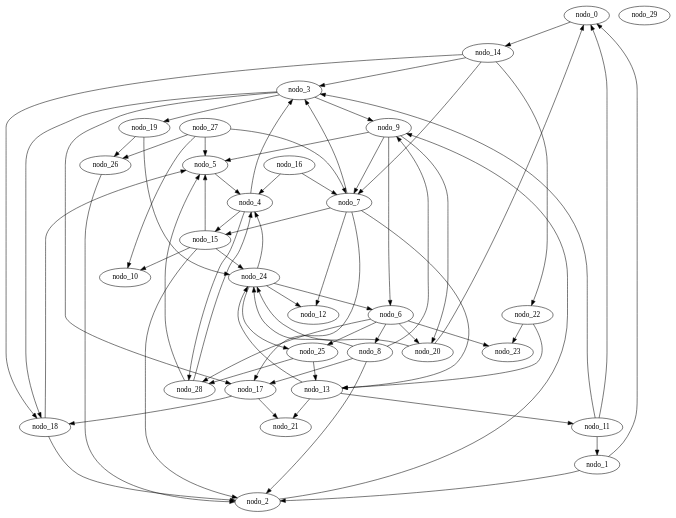
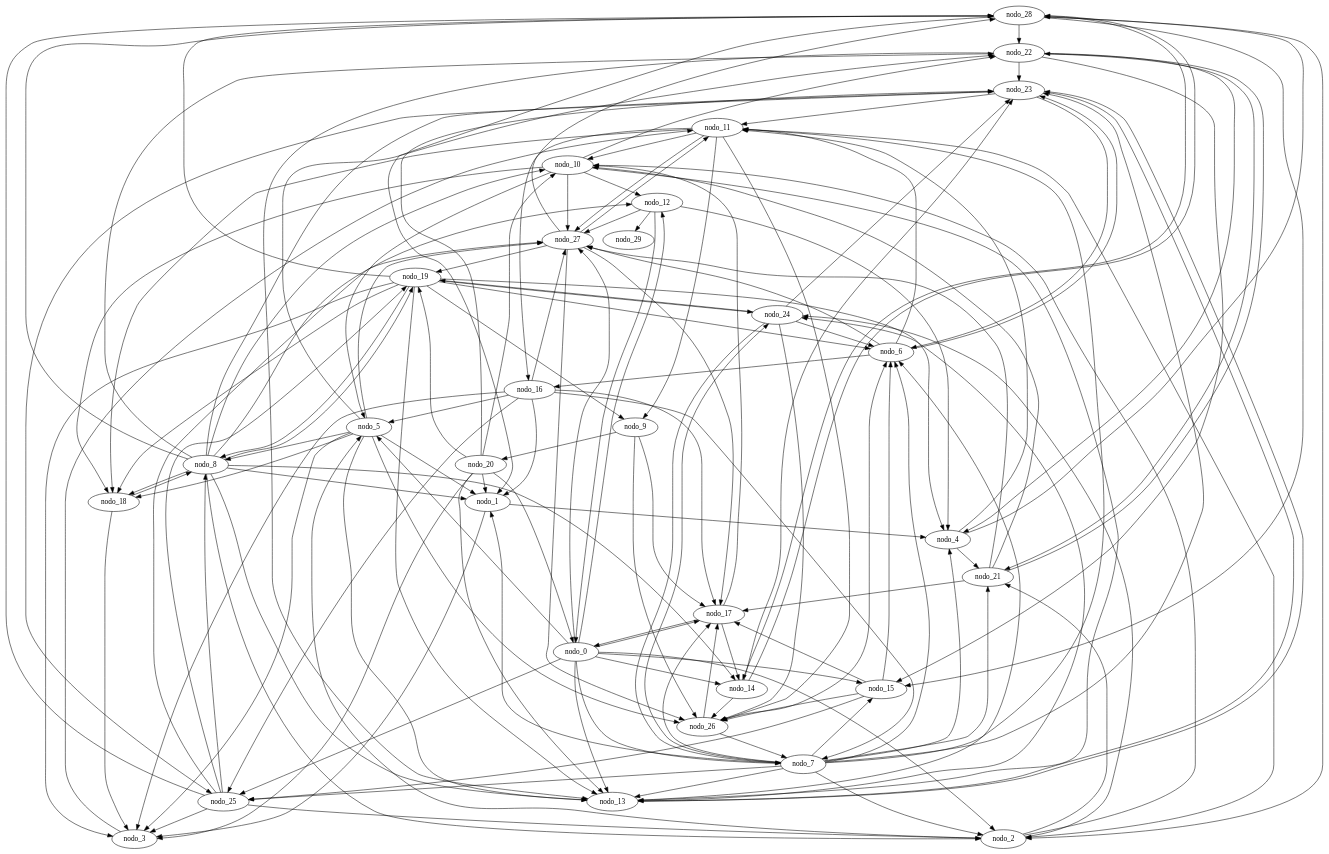
One commit to sinisterra/cic-algoritmos changed the diagram in proyecto01/gen_erdos_ren_30.gv. Above: the diagram before and after it, drawn with Graphviz. The commit also changed 26 other files, not shown here.

```diff
--- a/proyecto01/gen_erdos_ren_30.gv
+++ b/proyecto01/gen_erdos_ren_30.gv
@@ -1,101 +1,152 @@
 digraph gen_erdos_ren_30 {
- nodo_0;
- nodo_1;
- nodo_2;
- nodo_3;
- nodo_4;
- nodo_5;
- nodo_6;
- nodo_7;
- nodo_8;
- nodo_9;
- nodo_10;
- nodo_11;
- nodo_12;
- nodo_13;
- nodo_14;
- nodo_15;
- nodo_16;
- nodo_17;
- nodo_18;
- nodo_19;
- nodo_20;
- nodo_21;
- nodo_22;
- nodo_23;
- nodo_24;
- nodo_25;
- nodo_26;
- nodo_27;
- nodo_28;
- nodo_29;
-  nodo_14 -> nodo_3;
-  nodo_27 -> nodo_10;
+  nodo_28 -> nodo_22;
+  nodo_10 -> nodo_5;
+  nodo_23 -> nodo_11;
+  nodo_11 -> nodo_26;
+  nodo_18 -> nodo_3;
+  nodo_11 -> nodo_27;
+  nodo_17 -> nodo_14;
+  nodo_9 -> nodo_26;
+  nodo_4 -> nodo_11;
+  nodo_17 -> nodo_10;
+  nodo_20 -> nodo_13;
+  nodo_14 -> nodo_23;
+  nodo_20 -> nodo_10;
+  nodo_25 -> nodo_28;
+  nodo_25 -> nodo_27;
+  nodo_20 -> nodo_19;
+  nodo_9 -> nodo_20;
+  nodo_25 -> nodo_3;
+  nodo_25 -> nodo_2;
+  nodo_4 -> nodo_28;
+  nodo_14 -> nodo_28;
+  nodo_7 -> nodo_1;
+  nodo_7 -> nodo_2;
+  nodo_25 -> nodo_8;
+  nodo_14 -> nodo_26;
+  nodo_7 -> nodo_4;
+  nodo_7 -> nodo_6;
+  nodo_7 -> nodo_13;
+  nodo_7 -> nodo_11;
+  nodo_4 -> nodo_21;
+  nodo_7 -> nodo_17;
+  nodo_20 -> nodo_23;
+  nodo_7 -> nodo_15;
+  nodo_18 -> nodo_8;
+  nodo_23 -> nodo_13;
+  nodo_17 -> nodo_0;
+  nodo_22 -> nodo_21;
+  nodo_16 -> nodo_17;
+  nodo_13 -> nodo_6;
+  nodo_7 -> nodo_24;
+  nodo_16 -> nodo_25;
+  nodo_7 -> nodo_25;
+  nodo_16 -> nodo_27;
+  nodo_7 -> nodo_23;
+  nodo_19 -> nodo_18;
+  nodo_2 -> nodo_10;
+  nodo_11 -> nodo_10;
+  nodo_19 -> nodo_13;
+  nodo_22 -> nodo_13;
+  nodo_27 -> nodo_28;
+  nodo_22 -> nodo_15;
+  nodo_7 -> nodo_21;
+  nodo_20 -> nodo_3;
+  nodo_28 -> nodo_15;
+  nodo_28 -> nodo_14;
+  nodo_20 -> nodo_1;
+  nodo_2 -> nodo_5;
+  nodo_5 -> nodo_18;
+  nodo_11 -> nodo_18;
+  nodo_24 -> nodo_7;
+  nodo_28 -> nodo_2;
+  nodo_11 -> nodo_16;
+  nodo_24 -> nodo_6;
+  nodo_28 -> nodo_1;
+  nodo_19 -> nodo_28;
+  nodo_2 -> nodo_21;
+  nodo_19 -> nodo_24;
+  nodo_5 -> nodo_13;
+  nodo_2 -> nodo_24;
+  nodo_22 -> nodo_23;
+  nodo_20 -> nodo_0;
+  nodo_25 -> nodo_19;
+  nodo_16 -> nodo_1;
+  nodo_27 -> nodo_11;
+  nodo_12 -> nodo_4;
+  nodo_0 -> nodo_17;
+  nodo_0 -> nodo_15;
   nodo_0 -> nodo_14;
-  nodo_14 -> nodo_18;
+  nodo_12 -> nodo_0;
+  nodo_0 -> nodo_13;
+  nodo_24 -> nodo_23;
+  nodo_0 -> nodo_12;
+  nodo_10 -> nodo_12;
   nodo_16 -> nodo_7;
-  nodo_18 -> nodo_5;
-  nodo_14 -> nodo_7;
-  nodo_18 -> nodo_2;
-  nodo_16 -> nodo_4;
-  nodo_4 -> nodo_15;
-  nodo_13 -> nodo_11;
-  nodo_14 -> nodo_22;
-  nodo_8 -> nodo_17;
-  nodo_25 -> nodo_28;
-  nodo_9 -> nodo_20;
-  nodo_1 -> nodo_0;
-  nodo_1 -> nodo_2;
+  nodo_10 -> nodo_13;
+  nodo_16 -> nodo_5;
+  nodo_16 -> nodo_3;
+  nodo_10 -> nodo_18;
+  nodo_8 -> nodo_14;
+  nodo_8 -> nodo_12;
+  nodo_5 -> nodo_22;
+  nodo_8 -> nodo_13;
+  nodo_8 -> nodo_18;
+  nodo_8 -> nodo_19;
+  nodo_5 -> nodo_27;
+  nodo_5 -> nodo_26;
+  nodo_21 -> nodo_22;
+  nodo_24 -> nodo_19;
+  nodo_8 -> nodo_10;
+  nodo_21 -> nodo_27;
+  nodo_0 -> nodo_27;
+  nodo_1 -> nodo_3;
   nodo_27 -> nodo_26;
-  nodo_4 -> nodo_28;
-  nodo_5 -> nodo_4;
-  nodo_27 -> nodo_7;
-  nodo_3 -> nodo_17;
-  nodo_7 -> nodo_3;
-  nodo_3 -> nodo_18;
-  nodo_27 -> nodo_5;
-  nodo_17 -> nodo_18;
-  nodo_3 -> nodo_19;
-  nodo_3 -> nodo_9;
-  nodo_9 -> nodo_5;
-  nodo_9 -> nodo_6;
-  nodo_7 -> nodo_13;
-  nodo_9 -> nodo_7;
-  nodo_8 -> nodo_24;
-  nodo_7 -> nodo_12;
+  nodo_0 -> nodo_25;
+  nodo_1 -> nodo_4;
+  nodo_5 -> nodo_1;
+  nodo_10 -> nodo_22;
+  nodo_5 -> nodo_3;
+  nodo_10 -> nodo_27;
+  nodo_5 -> nodo_8;
+  nodo_23 -> nodo_6;
+  nodo_8 -> nodo_23;
   nodo_13 -> nodo_24;
-  nodo_17 -> nodo_21;
-  nodo_20 -> nodo_24;
-  nodo_7 -> nodo_17;
-  nodo_7 -> nodo_15;
-  nodo_13 -> nodo_21;
-  nodo_24 -> nodo_25;
-  nodo_15 -> nodo_2;
-  nodo_11 -> nodo_3;
-  nodo_25 -> nodo_13;
-  nodo_11 -> nodo_1;
-  nodo_11 -> nodo_0;
-  nodo_15 -> nodo_5;
-  nodo_15 -> nodo_10;
-  nodo_22 -> nodo_13;
-  nodo_26 -> nodo_2;
-  nodo_24 -> nodo_4;
-  nodo_24 -> nodo_12;
-  nodo_4 -> nodo_3;
-  nodo_28 -> nodo_5;
+  nodo_3 -> nodo_11;
+  nodo_13 -> nodo_23;
+  nodo_8 -> nodo_28;
+  nodo_24 -> nodo_26;
+  nodo_27 -> nodo_19;
+  nodo_27 -> nodo_17;
+  nodo_8 -> nodo_22;
+  nodo_11 -> nodo_2;
+  nodo_21 -> nodo_10;
+  nodo_19 -> nodo_6;
+  nodo_19 -> nodo_4;
+  nodo_19 -> nodo_3;
+  nodo_15 -> nodo_6;
+  nodo_11 -> nodo_9;
+  nodo_6 -> nodo_11;
+  nodo_6 -> nodo_16;
+  nodo_23 -> nodo_25;
+  nodo_26 -> nodo_17;
+  nodo_22 -> nodo_4;
+  nodo_0 -> nodo_2;
+  nodo_0 -> nodo_5;
+  nodo_0 -> nodo_7;
+  nodo_12 -> nodo_27;
+  nodo_8 -> nodo_1;
   nodo_8 -> nodo_2;
-  nodo_28 -> nodo_4;
-  nodo_2 -> nodo_9;
-  nodo_24 -> nodo_6;
-  nodo_6 -> nodo_8;
-  nodo_15 -> nodo_24;
-  nodo_8 -> nodo_9;
+  nodo_26 -> nodo_7;
+  nodo_26 -> nodo_6;
+  nodo_15 -> nodo_17;
+  nodo_12 -> nodo_29;
+  nodo_15 -> nodo_25;
   nodo_6 -> nodo_23;
-  nodo_19 -> nodo_24;
-  nodo_6 -> nodo_25;
-  nodo_19 -> nodo_26;
-  nodo_6 -> nodo_28;
-  nodo_20 -> nodo_0;
-  nodo_22 -> nodo_23;
-  nodo_6 -> nodo_20;
+  nodo_15 -> nodo_26;
+  nodo_19 -> nodo_9;
+  nodo_19 -> nodo_8;
+  nodo_6 -> nodo_27;
+  nodo_9 -> nodo_17;
+  nodo_21 -> nodo_17;
 }
```
